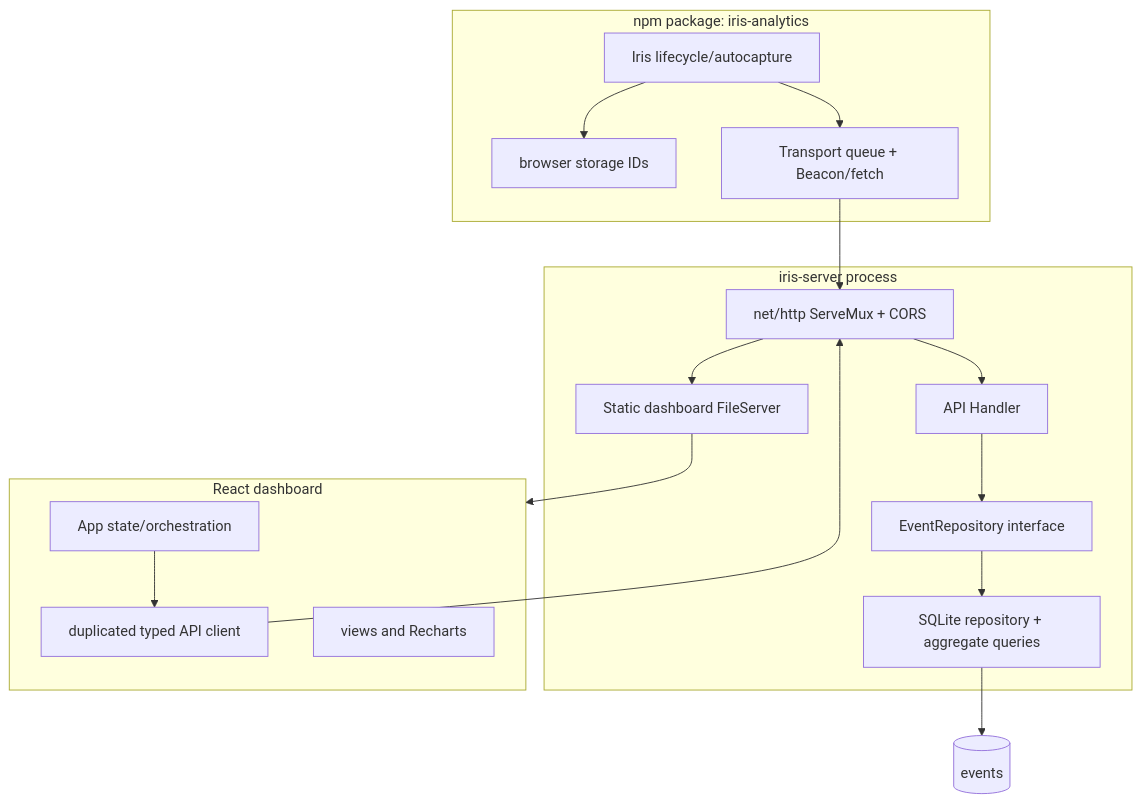
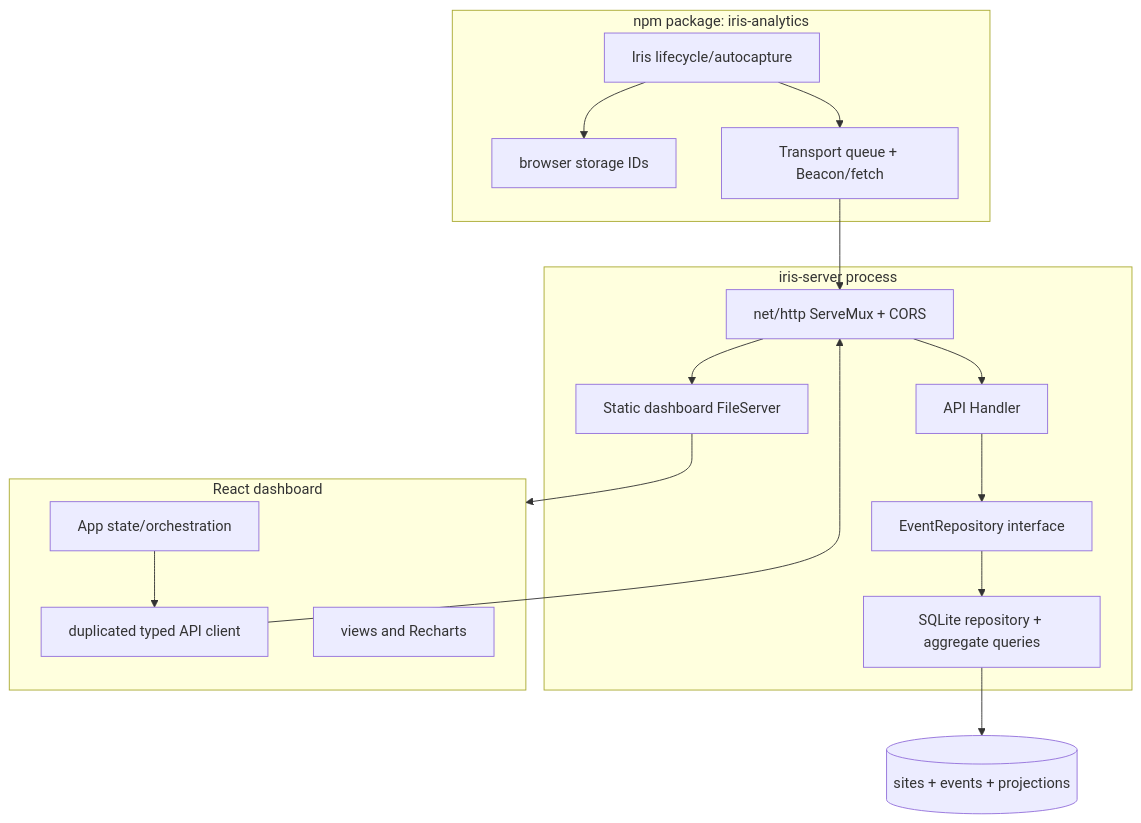
One commit to VatsalP117/iris changed the second of 2 diagrams in docs/01_SYSTEM_AND_REPOSITORY.md. Above: the diagram before and after it, drawn with Mermaid. The commit also changed other lines of this file and 10 other files, not shown here.

Commit message:
Document Iris v2 data architecture

````diff
--- a/docs/01_SYSTEM_AND_REPOSITORY.md
+++ b/docs/01_SYSTEM_AND_REPOSITORY.md
@@ -52,27 +57,27 @@
 ```mermaid
 flowchart TB
   subgraph SDK["npm package: iris-analytics"]
     A["Iris lifecycle/autocapture"]
     S["browser storage IDs"]
     T["Transport queue + Beacon/fetch"]
   end
   subgraph Go["iris-server process"]
     M["net/http ServeMux + CORS"]
     H["API Handler"]
     R["EventRepository interface"]
     Q["SQLite repository + aggregate queries"]
     F["Static dashboard FileServer"]
   end
   subgraph Dashboard["React dashboard"]
     APP["App state/orchestration"]
     API["duplicated typed API client"]
     UI["views and Recharts"]
   end
-  DB[("events")]
+  DB[("sites + events + projections")]
   A --> S
   A --> T
   T --> M
   APP --> API --> M
   M --> H --> R --> Q --> DB
   M --> F --> Dashboard
 ```
````
